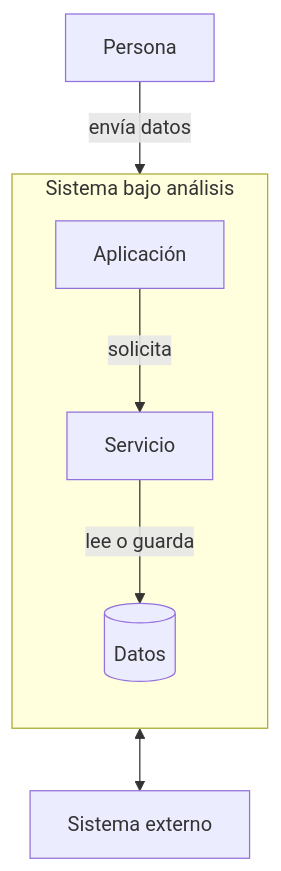
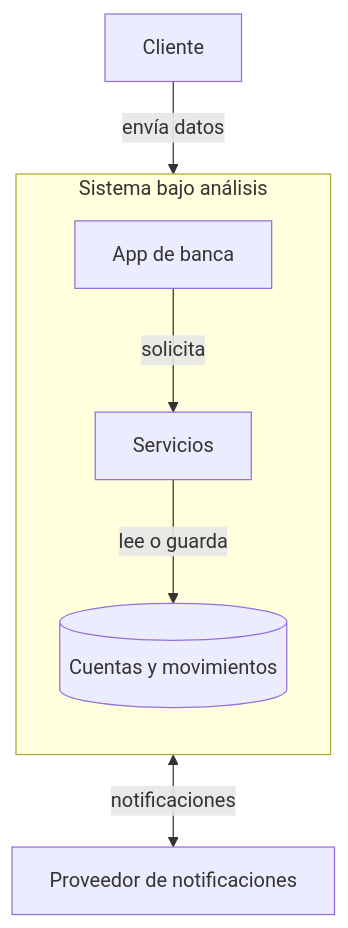
The sixth of 7 diagrams in slides-clase-1.md (carlosmgc2003/slides-cuc-2026), drawn with Mermaid before and after one commit. The commit also changed other lines of this file and 2 other files, not shown here.

First line of the commit message:
Unify class 1 around the banking app case study

````diff
--- a/slides-clase-1.md
+++ b/slides-clase-1.md
@@ -614,12 +642,12 @@
 ```mermaid {class: 'w-full flex justify-center', scale: 0.8}
 flowchart TB
-  P["Persona"]
+  P["Cliente"]
   subgraph Scope["Sistema bajo análisis"]
     direction TB
-    A["Aplicación"] -->|solicita| S["Servicio"]
-    S -->|lee o guarda| D[("Datos")]
+    A["App de banca"] -->|solicita| S["Servicios"]
+    S -->|lee o guarda| D[("Cuentas y movimientos")]
   end
-  E["Sistema externo"]
+  E["Proveedor de notificaciones"]
   P -->|envía datos| A
-  S <--> E
+  S <-->|notificaciones| E
 ```
````
